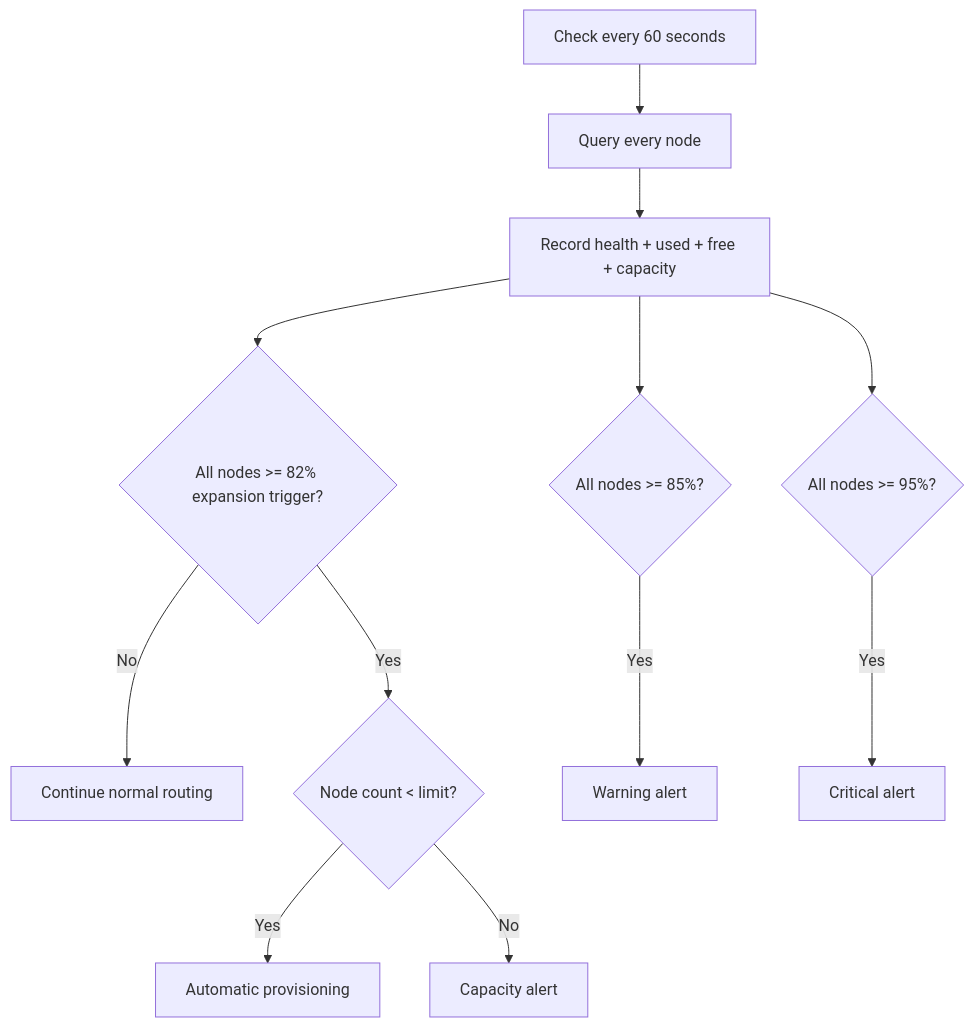
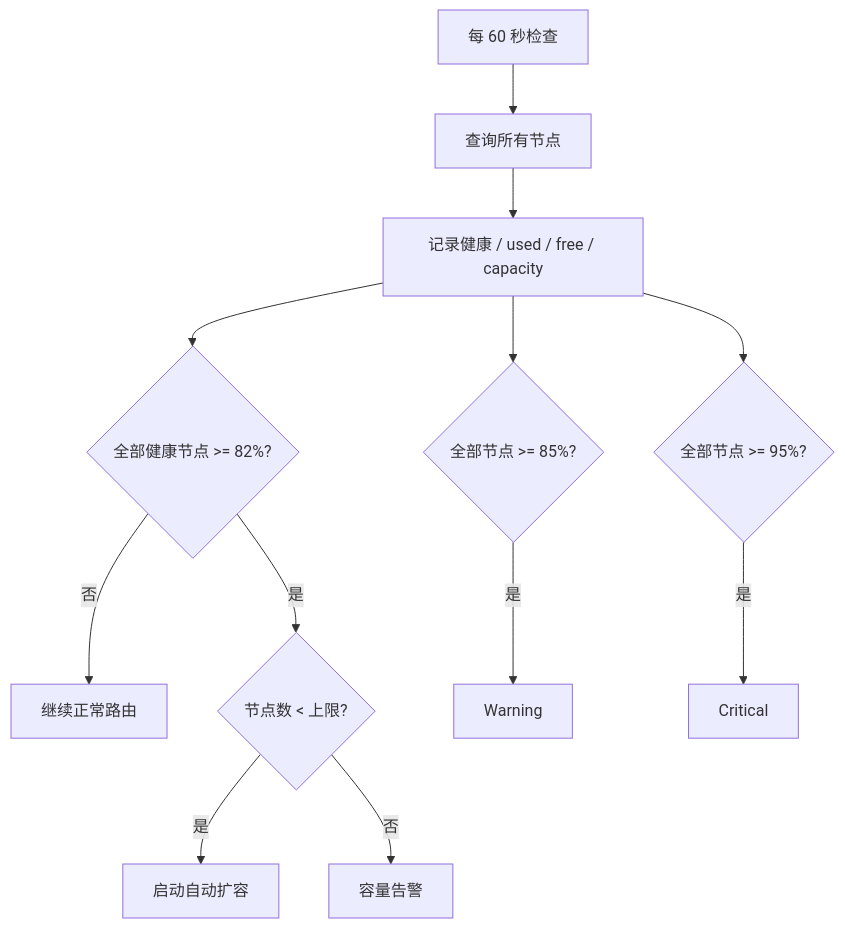
The third of 6 diagrams in storage-router/README.md (bowardzhang/immich), drawn with Mermaid before and after one commit. The commit also changed other lines of this file, not shown here.

````diff
--- a/storage-router/README.md
+++ b/storage-router/README.md
@@ -96,14 +95,14 @@
 ```mermaid
 flowchart TD
-    A[Check every 60 seconds] --> B[Query every node]
-    B --> C[Record health + used + free + capacity]
-    C --> D{All nodes >= 82% expansion trigger?}
-    D -- No --> E[Continue normal routing]
-    D -- Yes --> F{Node count < limit?}
-    F -- Yes --> G[Automatic provisioning]
-    F -- No --> H[Capacity alert]
-    C --> I{All nodes >= 85%?}
-    I -- Yes --> J[Warning alert]
-    C --> K{All nodes >= 95%?}
-    K -- Yes --> L[Critical alert]
+    A[每 60 秒检查] --> B[查询所有节点]
+    B --> C[记录健康 / used / free / capacity]
+    C --> D{全部健康节点 >= 82%?}
+    D -- 否 --> E[继续正常路由]
+    D -- 是 --> F{节点数 < 上限?}
+    F -- 是 --> G[启动自动扩容]
+    F -- 否 --> H[容量告警]
+    C --> I{全部节点 >= 85%?}
+    I -- 是 --> J[Warning]
+    C --> K{全部节点 >= 95%?}
+    K -- 是 --> L[Critical]
 ```
````
